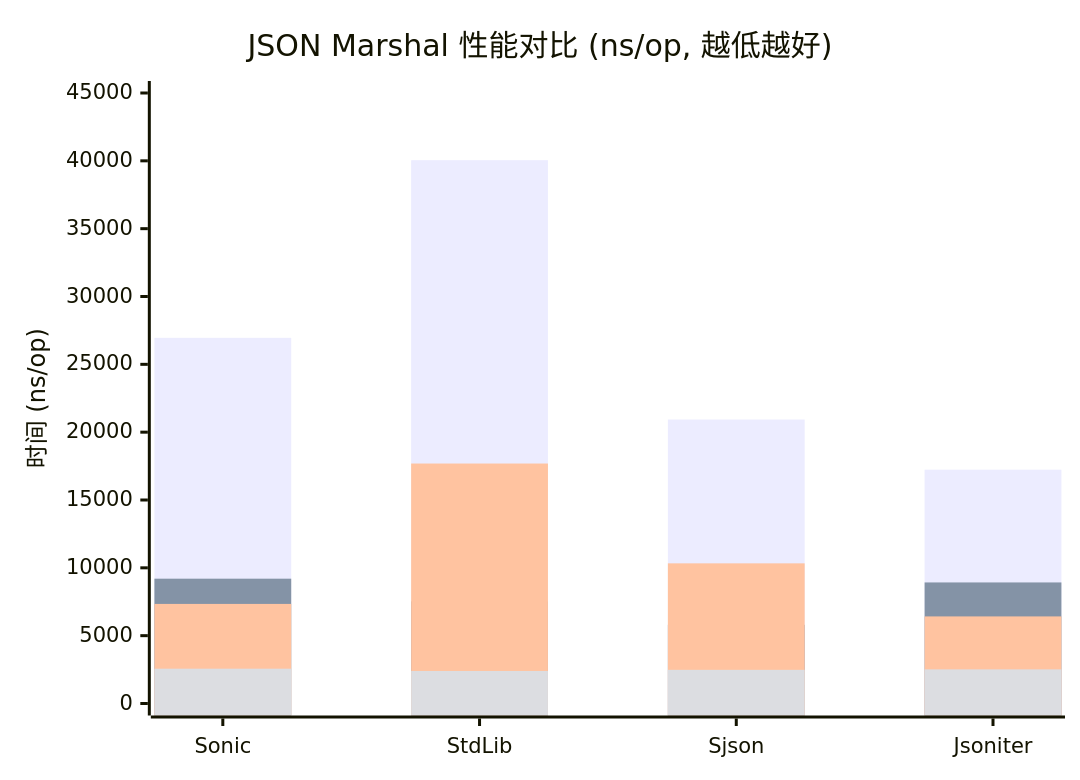
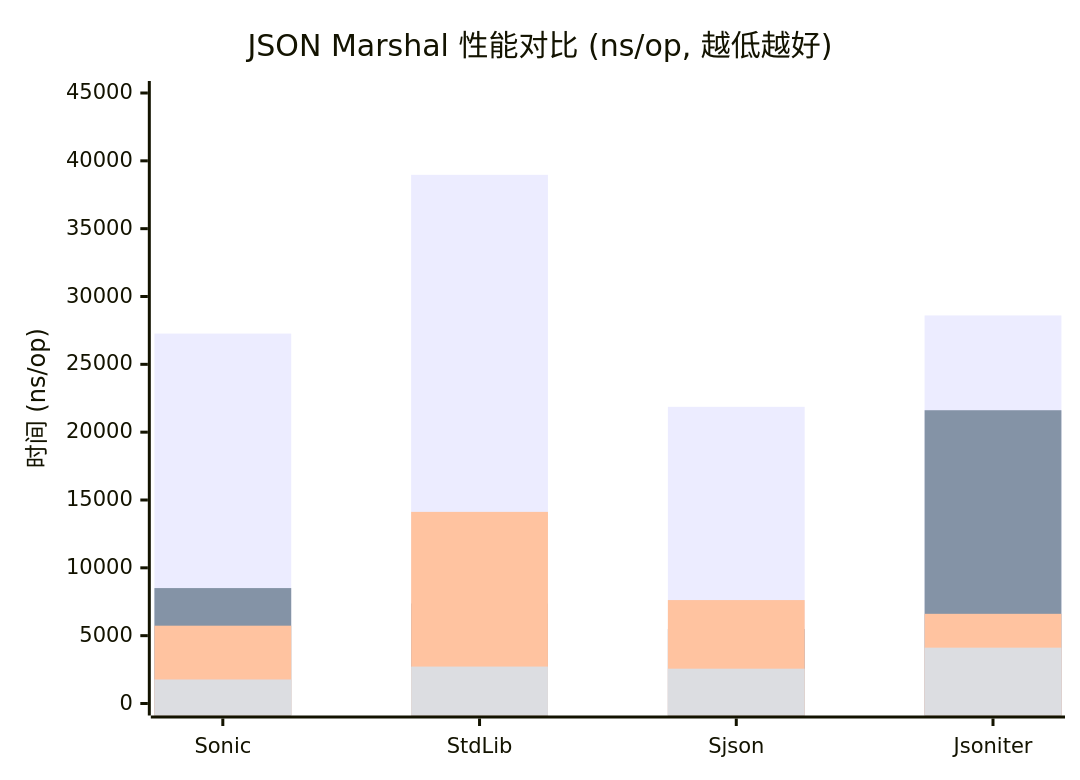
Before and after one commit to linkxzhou/sjson: the fourth of 6 diagrams in README.md, drawn with Mermaid. The commit also changed other lines of this file and 2 other files, not shown here.

````diff
--- a/README.md
+++ b/README.md
@@ -310,10 +310,10 @@
 ```mermaid
 xychart-beta
     title "JSON Marshal 性能对比 (ns/op, 越低越好)"
     x-axis ["Sonic", "StdLib", "Sjson", "Jsoniter"]
     y-axis "时间 (ns/op)" 0 --> 45000
-    bar "Generic" [26953, 40048, 20931, 17234]
-    bar "Binding" [9200, 7528, 5801, 8923]
-    bar "Parallel Generic" [7340, 17688, 10330, 6419]
-    bar "Parallel Binding" [2565, 2398, 2481, 2516]
+    bar "Generic" [27268, 38969, 21867, 28605]
+    bar "Binding" [8507, 7373, 5487, 21617]
+    bar "Parallel Generic" [5735, 14125, 7623, 6610]
+    bar "Parallel Binding" [1770, 2720, 2566, 4115]
 ```
````
